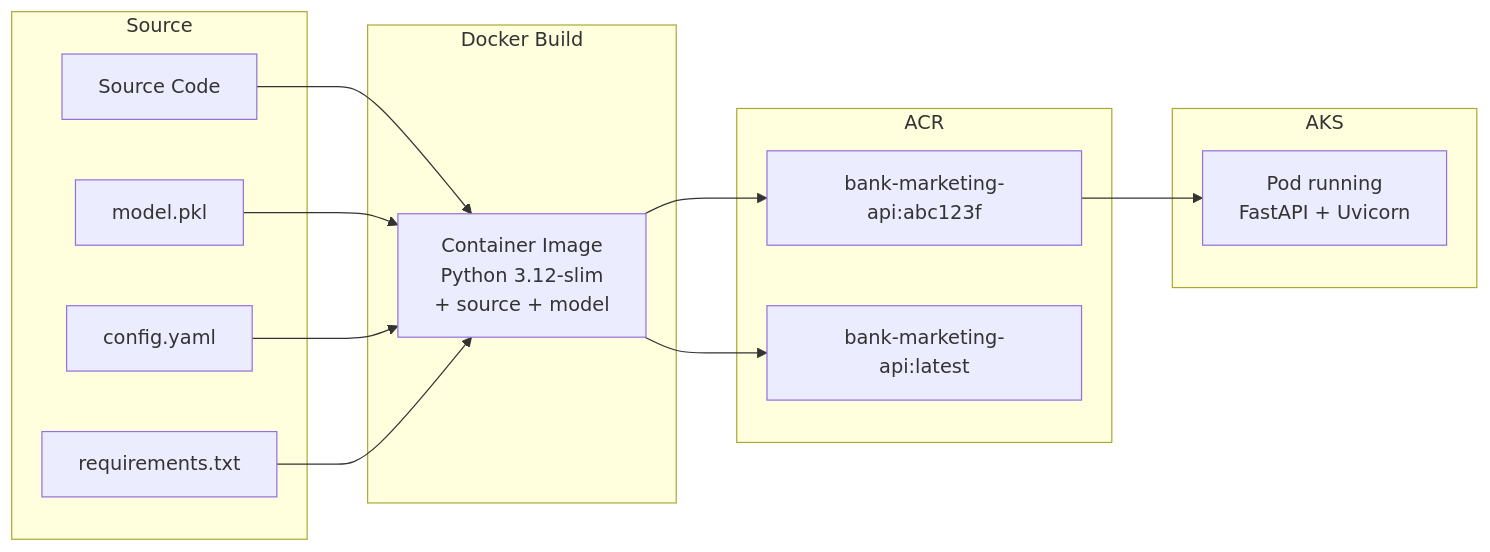
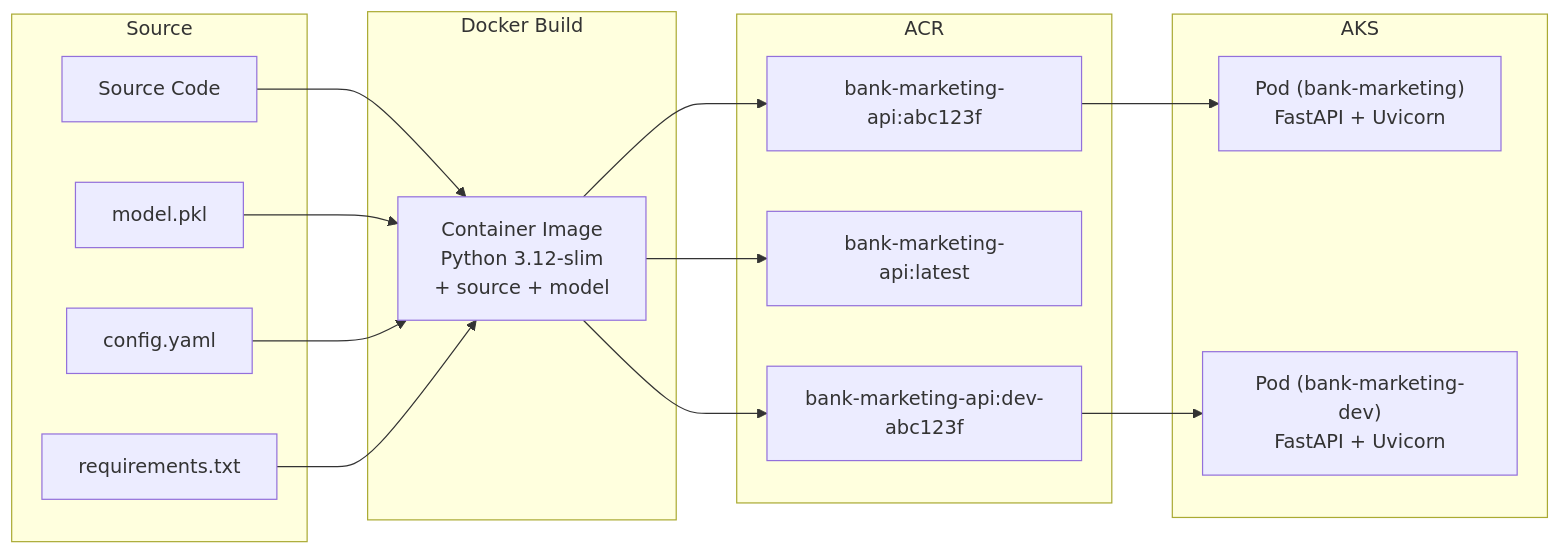
One commit to Annemarie-Bester/marketing-model-mlops-azure changed the fourth of 4 diagrams in docs/ci-cd-pipeline.md. Above: the diagram before and after it, drawn with Mermaid. The commit also changed other lines of this file and 6 other files, not shown here.

````diff
--- a/docs/ci-cd-pipeline.md
+++ b/docs/ci-cd-pipeline.md
@@ -352,30 +365,34 @@
 ```mermaid
 flowchart LR
     subgraph Source["Source"]
         CODE["Source Code"]
         MODEL["model.pkl"]
         CFG["config.yaml"]
         REQS["requirements.txt"]
     end
 
     subgraph Build["Docker Build"]
         IMG["Container Image<br/>Python 3.12-slim<br/>+ source + model"]
     end
 
     subgraph Registry["ACR"]
         V1["bank-marketing-api:abc123f"]
         VL["bank-marketing-api:latest"]
+        VD["bank-marketing-api:dev-abc123f"]
     end
 
     subgraph Runtime["AKS"]
-        POD["Pod running<br/>FastAPI + Uvicorn"]
+        POD_PROD["Pod (bank-marketing)<br/>FastAPI + Uvicorn"]
+        POD_DEV["Pod (bank-marketing-dev)<br/>FastAPI + Uvicorn"]
     end
 
     CODE --> IMG
     MODEL --> IMG
     CFG --> IMG
     REQS --> IMG
     IMG --> V1
     IMG --> VL
-    V1 --> POD
+    IMG --> VD
+    V1 --> POD_PROD
+    VD --> POD_DEV
 ```
````
